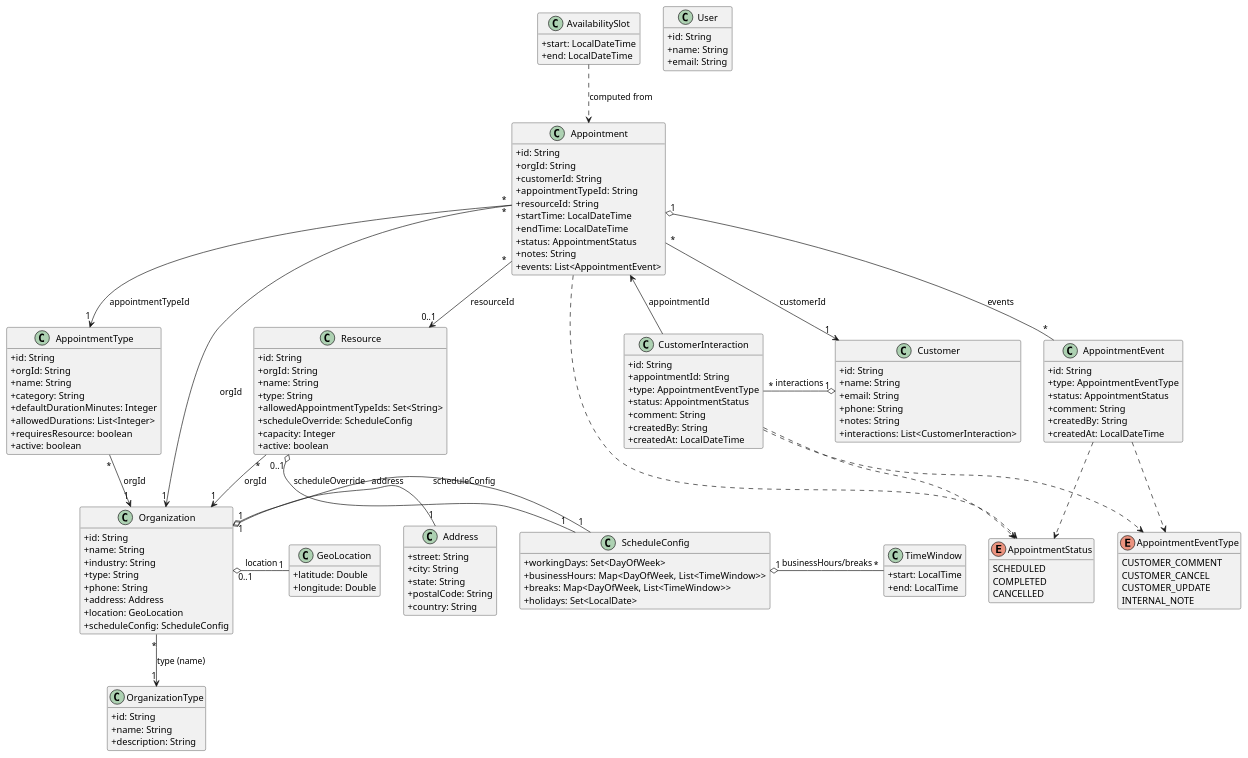
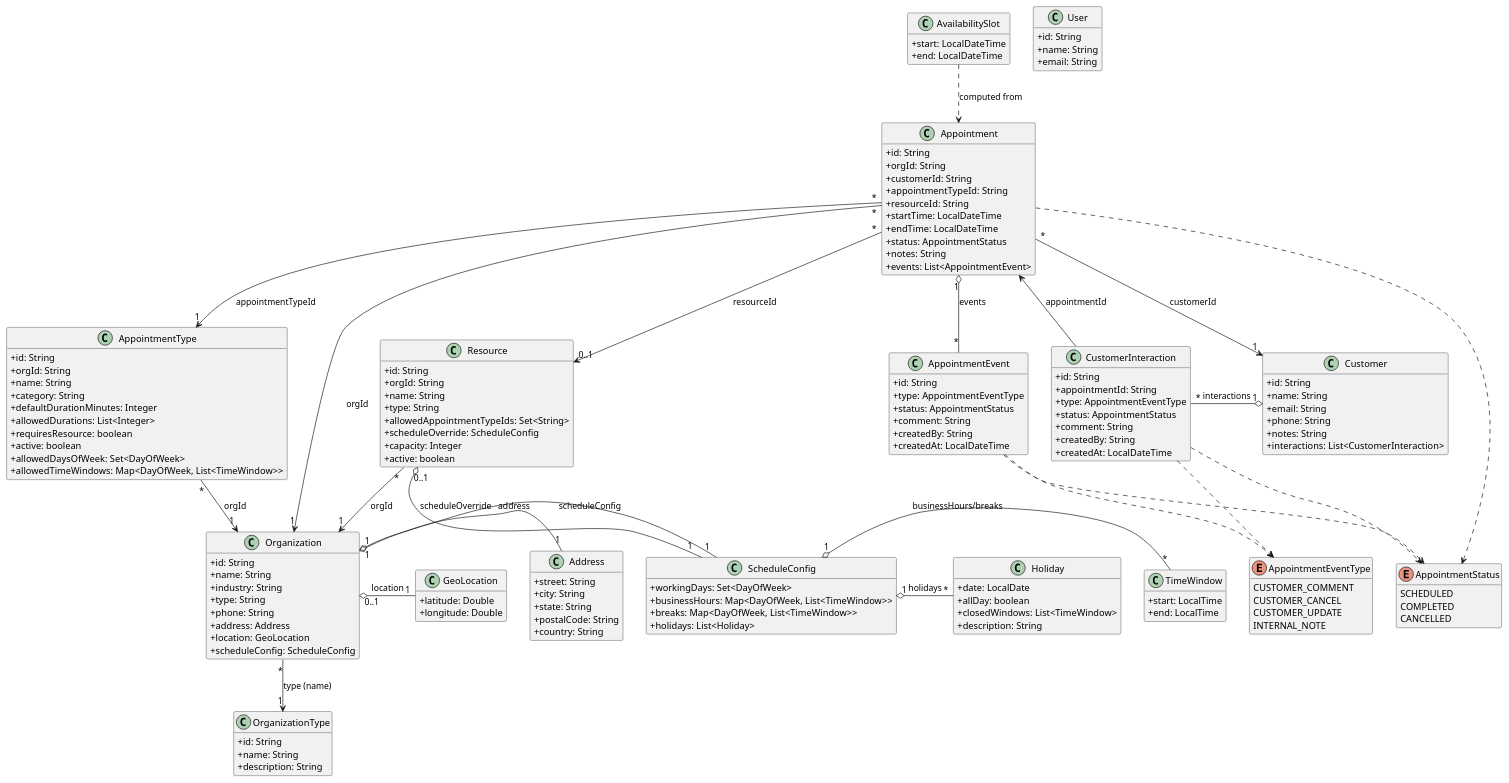
One commit to imotepe/springWebApp changed the diagram in demo/docs/models.puml. Above: the diagram before and after it, drawn with PlantUML. The commit also changed 5 other files, not shown here.

```diff
--- a/demo/docs/models.puml
+++ b/demo/docs/models.puml
@@ -1,160 +1,170 @@
 @startuml
 hide methods
 skinparam classAttributeIconSize 0
 
 class Organization {
   +id: String
   +name: String
   +industry: String
   +type: String
   +phone: String
   +address: Address
   +location: GeoLocation
   +scheduleConfig: ScheduleConfig
 }
 
 class OrganizationType {
   +id: String
   +name: String
   +description: String
 }
 
 class Address {
   +street: String
   +city: String
   +state: String
   +postalCode: String
   +country: String
 }
 
 class GeoLocation {
   +latitude: Double
   +longitude: Double
 }
 
 class ScheduleConfig {
   +workingDays: Set<DayOfWeek>
   +businessHours: Map<DayOfWeek, List<TimeWindow>>
   +breaks: Map<DayOfWeek, List<TimeWindow>>
-  +holidays: Set<LocalDate>
+  +holidays: List<Holiday>
 }
 
 class TimeWindow {
   +start: LocalTime
   +end: LocalTime
 }
 
 class AppointmentType {
   +id: String
   +orgId: String
   +name: String
   +category: String
   +defaultDurationMinutes: Integer
   +allowedDurations: List<Integer>
   +requiresResource: boolean
   +active: boolean
+  +allowedDaysOfWeek: Set<DayOfWeek>
+  +allowedTimeWindows: Map<DayOfWeek, List<TimeWindow>>
 }
 
 class AppointmentEvent {
   +id: String
   +type: AppointmentEventType
   +status: AppointmentStatus
   +comment: String
   +createdBy: String
   +createdAt: LocalDateTime
 }
 
 enum AppointmentEventType {
   CUSTOMER_COMMENT
   CUSTOMER_CANCEL
   CUSTOMER_UPDATE
   INTERNAL_NOTE
 }
 
 class CustomerInteraction {
   +id: String
   +appointmentId: String
   +type: AppointmentEventType
   +status: AppointmentStatus
   +comment: String
   +createdBy: String
   +createdAt: LocalDateTime
 }
 
 class Resource {
   +id: String
   +orgId: String
   +name: String
   +type: String
   +allowedAppointmentTypeIds: Set<String>
   +scheduleOverride: ScheduleConfig
   +capacity: Integer
   +active: boolean
 }
 
 class Customer {
   +id: String
   +name: String
   +email: String
   +phone: String
   +notes: String
   +interactions: List<CustomerInteraction>
 }
 
 class User {
   +id: String
   +name: String
   +email: String
 }
 
 enum AppointmentStatus {
   SCHEDULED
   COMPLETED
   CANCELLED
 }
 
 class Appointment {
   +id: String
   +orgId: String
   +customerId: String
   +appointmentTypeId: String
   +resourceId: String
   +startTime: LocalDateTime
   +endTime: LocalDateTime
   +status: AppointmentStatus
   +notes: String
   +events: List<AppointmentEvent>
 }
 
 class AvailabilitySlot {
   +start: LocalDateTime
   +end: LocalDateTime
 }
 
+class Holiday {
+  +date: LocalDate
+  +allDay: boolean
+  +closedWindows: List<TimeWindow>
+  +description: String
+}
+
 Organization "1" o- "1" ScheduleConfig : scheduleConfig
 Resource "0..1" o- "1" ScheduleConfig : scheduleOverride
 ScheduleConfig "1" o- "*" TimeWindow : businessHours/breaks
+ScheduleConfig "1" o- "*" Holiday : holidays
 
 Organization "*" --> "1" OrganizationType : type (name)
 Organization "1" o- "1" Address : address
 Organization "0..1" o- "1" GeoLocation : location
 Appointment "*" --> "1" Organization : orgId
 Appointment "*" --> "1" Customer : customerId
 Appointment "*" --> "1" AppointmentType : appointmentTypeId
 Appointment "*" --> "0..1" Resource : resourceId
 Appointment ..> AppointmentStatus
 Appointment "1" o- "*" AppointmentEvent : events
 AppointmentEvent ..> AppointmentEventType
 AppointmentEvent ..> AppointmentStatus
 
 AppointmentType "*" --> "1" Organization : orgId
 Resource "*" --> "1" Organization : orgId
 
 AvailabilitySlot ..> Appointment : computed from
 
 Customer "1" o- "*" CustomerInteraction : interactions
 CustomerInteraction --> Appointment : appointmentId
 CustomerInteraction ..> AppointmentEventType
 CustomerInteraction ..> AppointmentStatus
 
 @enduml
```
